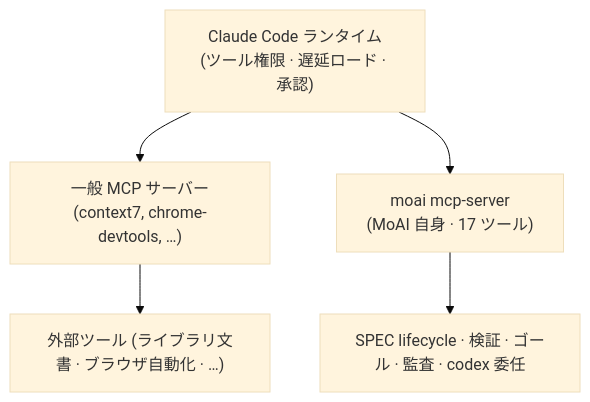
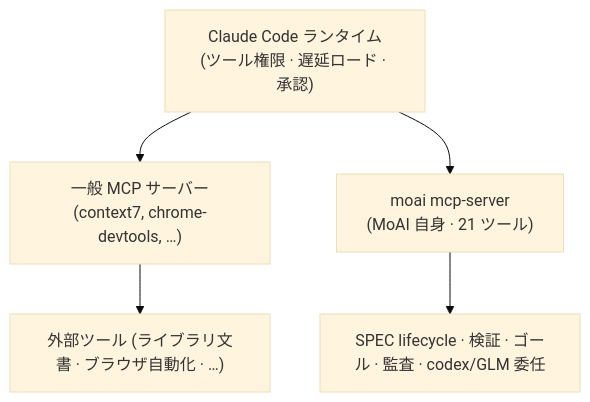
Before and after one commit to modu-ai/moai-adk: the diagram in docs-site/content/ja/guides/mcp-server.md, drawn with Mermaid (base theme). The commit also changed other lines of this file and 86 other files, not shown here.

First line of the commit message:
docs(ossdocs): v3.1.1 doc-gap landing — 13-page x4-locale + mermaid fixes + version sync + backend-mix

````diff
--- a/docs-site/content/ja/guides/mcp-server.md
+++ b/docs-site/content/ja/guides/mcp-server.md
@@ -28,10 +28,10 @@
 ```mermaid
 flowchart TD
     CC["Claude Code ランタイム<br/>(ツール権限 · 遅延ロード · 承認)"]
     CMCP["一般 MCP サーバー<br/>(context7, chrome-devtools, …)"]
-    MMCP["moai mcp-server<br/>(MoAI 自身 · 17 ツール)"]
+    MMCP["moai mcp-server<br/>(MoAI 自身 · 21 ツール)"]
     CC --> CMCP
     CC --> MMCP
-    MMCP --> TOOLS["SPEC lifecycle · 検証 · ゴール · 監査 · codex 委任"]
+    MMCP --> TOOLS["SPEC lifecycle · 検証 · ゴール · 監査 · codex/GLM 委任"]
     CMCP --> EXT["外部ツール (ライブラリ文書 · ブラウザ自動化 · …)"]
 ```
````
